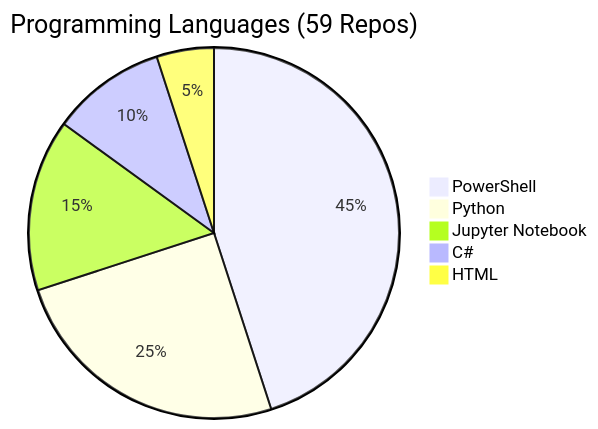
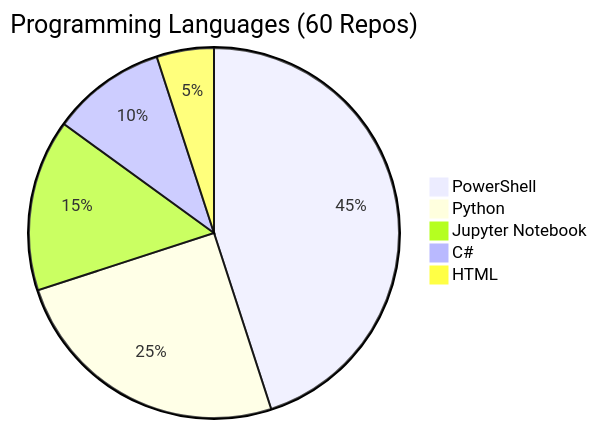
One commit to fabioc-aloha/fabioc-aloha changed the diagram in REPOS.md. Above: the diagram before and after it, drawn with Mermaid. The commit also changed other lines of this file and 1 other file, not shown here.

````diff
--- a/REPOS.md
+++ b/REPOS.md
@@ -102,8 +103,8 @@
 ```mermaid
-pie title Programming Languages (59 Repos)
+pie title Programming Languages (60 Repos)
     "PowerShell" : 18
     "Python" : 10
     "Jupyter Notebook" : 6
     "C#" : 4
     "HTML" : 2
 ```
````
